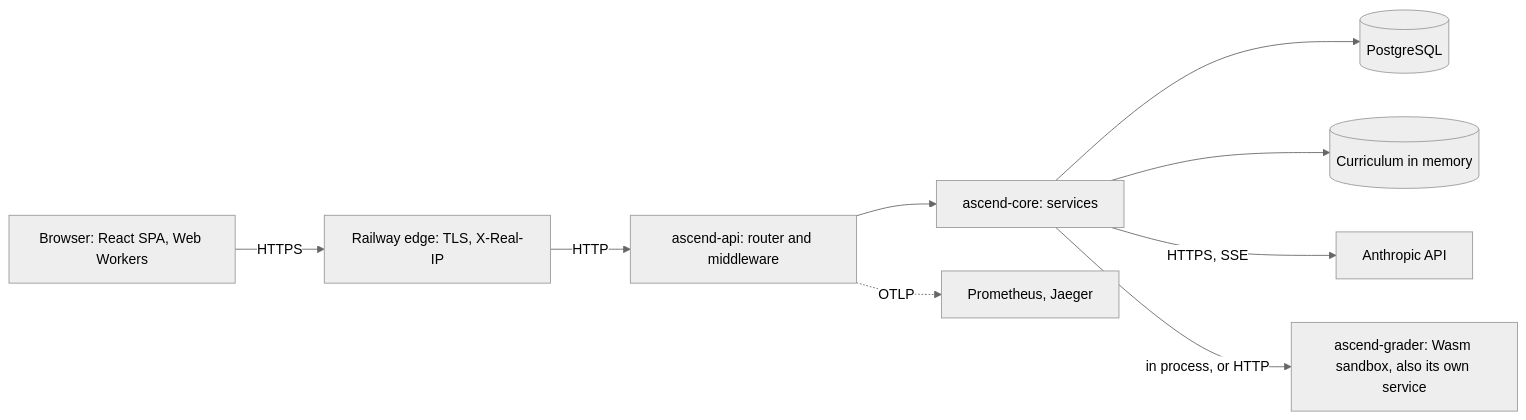
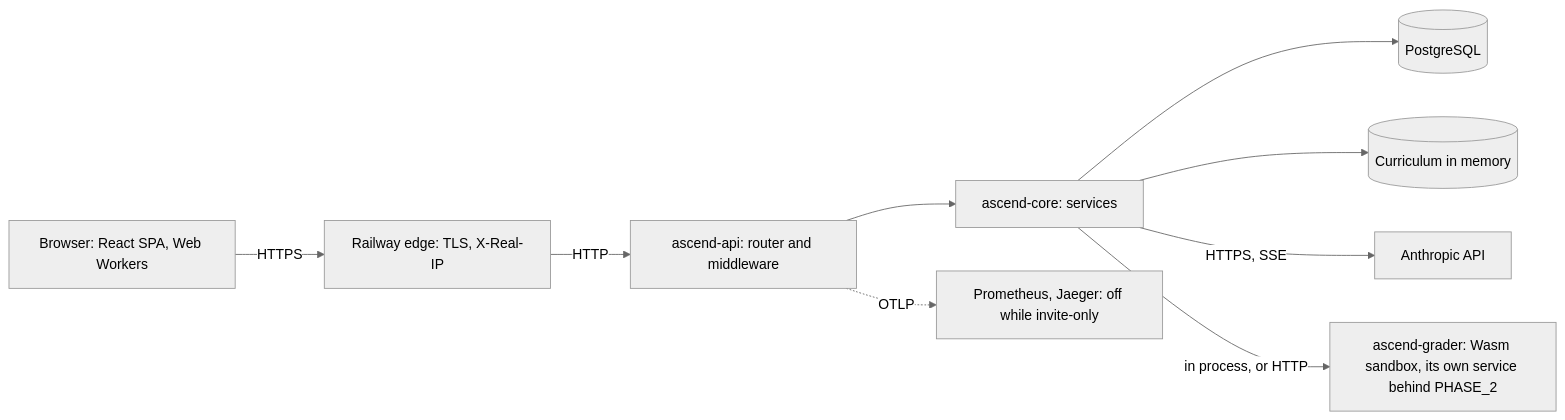
One commit to thull32/ascend changed the diagram in content/tracks/14-case-study-ascend/01-the-system/01-tour-of-the-repository.md. Above: the diagram before and after it, drawn with Mermaid (neutral theme). The commit also changed other lines of this file and 16 other files, not shown here.

First line of the commit message:
content: the lean deployment, invite-only sign-up and the custom domain

````diff
--- a/content/tracks/14-case-study-ascend/01-the-system/01-tour-of-the-repository.md
+++ b/content/tracks/14-case-study-ascend/01-the-system/01-tour-of-the-repository.md
@@ -15,11 +15,11 @@
 ```mermaid
 flowchart LR
   B["Browser: React SPA, Web Workers"] -->|HTTPS| E["Railway edge: TLS, X-Real-IP"]
   E -->|HTTP| A["ascend-api: router and middleware"]
   A --> C["ascend-core: services"]
   C --> P[("PostgreSQL")]
   C --> M[("Curriculum in memory")]
   C -->|HTTPS, SSE| AN["Anthropic API"]
-  C -->|in process, or HTTP| G["ascend-grader: Wasm sandbox, also its own service"]
-  A -.->|OTLP| O["Prometheus, Jaeger"]
+  C -->|in process, or HTTP| G["ascend-grader: Wasm sandbox, its own service behind PHASE_2"]
+  A -.->|OTLP| O["Prometheus, Jaeger: off while invite-only"]
 ```
````
